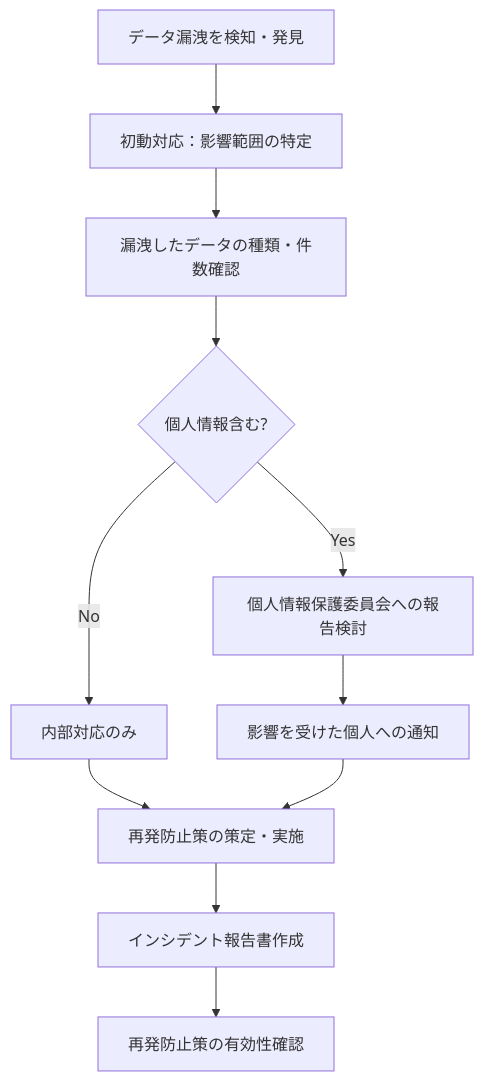
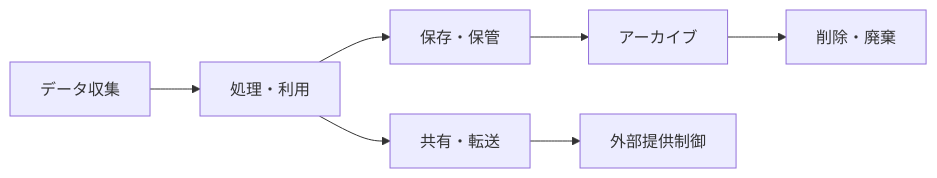
The diagram in docs/06_セキュリティ（Security）/05_データ保護方針（Data Protection Policy）.md (Kensan196948G/ServiceHub-Construction-Platform), drawn with Mermaid before and after one commit. The commit also changed other lines of this file and 37 other files, not shown here.

````diff
--- a/docs/06_セキュリティ（Security）/05_データ保護方針（Data Protection Policy）.md
+++ b/docs/06_セキュリティ（Security）/05_データ保護方針（Data Protection Policy）.md
@@ -142,13 +31,10 @@
 ```mermaid
-flowchart TD
-    A[データ漏洩を検知・発見] --> B[初動対応：影響範囲の特定]
-    B --> C[漏洩したデータの種類・件数確認]
-    C --> D{個人情報含む?}
-    D -- Yes --> E[個人情報保護委員会への報告検討]
-    D -- No --> F[内部対応のみ]
-    E --> G[影響を受けた個人への通知]
-    F --> H[再発防止策の策定・実施]
-    G --> H
-    H --> I[インシデント報告書作成]
-    I --> J[再発防止策の有効性確認]
+graph LR
+    A[データ収集] --> B[処理・利用]
+    B --> C[保存・保管]
+    C --> D[アーカイブ]
+    D --> E[削除・廃棄]
+    
+    B --> F[共有・転送]
+    F --> G[外部提供制御]
 ```
````
